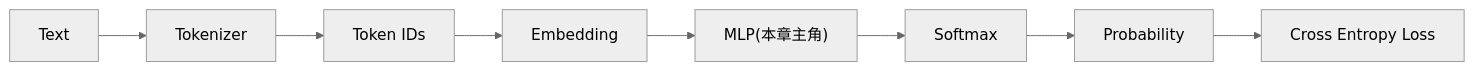
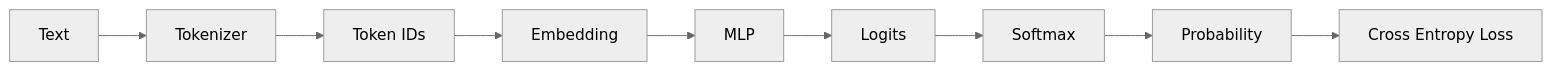
One commit to AI-learning-simple/Build-Your-Own-LLM changed the first of 9 diagrams in 1. LLM基础/4. 神经网络——从神经元到 MLP.md. Above: the diagram before and after it, drawn with Mermaid (neutral theme). The commit also changed other lines of this file and 60 other files, not shown here.

````diff
--- a/1. LLM基础/4. 神经网络——从神经元到 MLP.md
+++ b/1. LLM基础/4. 神经网络——从神经元到 MLP.md
@@ -15,4 +11,6 @@
 ```mermaid
 flowchart LR
-    A[Text] --> B[Tokenizer] --> C["Token IDs"] --> D[Embedding] --> E["MLP(本章主角)"] --> F[Softmax] --> G[Probability] --> H["Cross Entropy Loss"]
+    A[Text] --> B[Tokenizer] --> C[Token IDs] --> D[Embedding]
+    D --> E[MLP] --> F[Logits] --> G[Softmax]
+    G --> H[Probability] --> I[Cross Entropy Loss]
 ```
````
